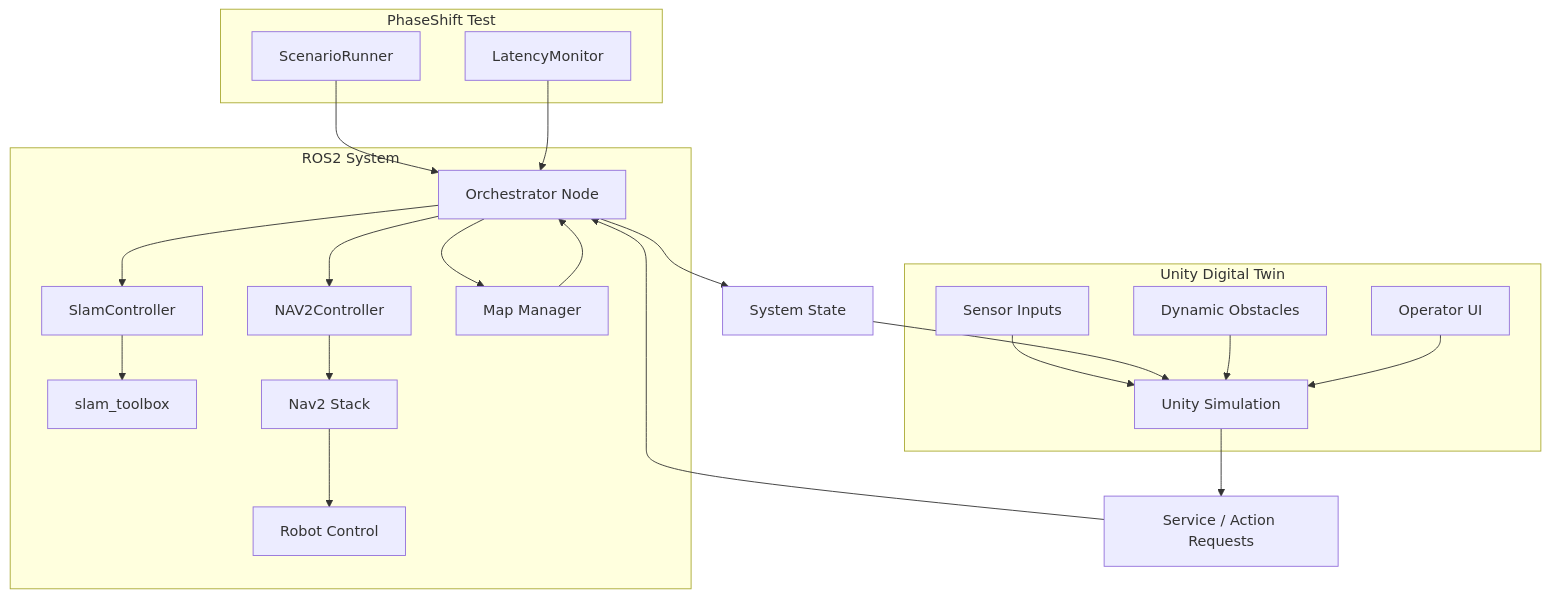
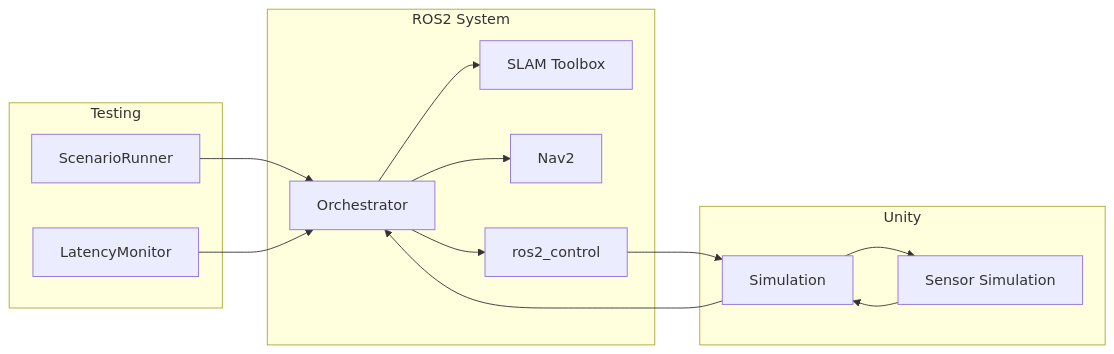
One commit to ehp1212/PhaseShift-Digital-Twin changed the first of 2 diagrams in README.md. Above: the diagram before and after it, drawn with Mermaid. The commit also changed other lines of this file and 2 other files, not shown here.

````diff
--- a/README.md
+++ b/README.md
@@ -77,52 +44,35 @@
 ```mermaid
-graph TD
+graph LR
 
-subgraph PhaseShift Test
+subgraph ROS2 System
+    ORCH[Orchestrator]
+
+    SLAM[SLAM Toolbox]
+    NAV[Nav2]
+    CONTROL[ros2_control]
+
+    ORCH --> SLAM
+    ORCH --> NAV
+end
+
+subgraph Unity
+    SIM[Simulation]
+    SENSOR[Sensor Simulation]
+end
+
+subgraph Testing
     SCENARIO[ScenarioRunner]
     LATENCY[LatencyMonitor]
 end
 
-subgraph ROS2 System
-    ORCH[Orchestrator Node]
+%% Communication
+ORCH --> CONTROL
+CONTROL --> SIM
+SIM --> SENSOR
+SENSOR --> SIM
+SIM --> ORCH
 
-    SLAM_C[SlamController]
-    NAV2_C[NAV2Controller]
-    MAP_M[Map Manager]
-
-    SLAM[slam_toolbox]
-    NAV[Nav2 Stack]
-
-    CONTROL[Robot Control]
-
-    ORCH --> SLAM_C
-    ORCH --> NAV2_C
-    ORCH --> MAP_M
-    MAP_M --> ORCH
-
-    SLAM_C --> SLAM
-    NAV2_C --> NAV
-
-    NAV --> CONTROL
-end
-
-subgraph Unity Digital Twin
-    UNITY[Unity Simulation]
-    UI[Operator UI]
-    OBST[Dynamic Obstacles]
-    
-    SENSOR[Sensor Inputs]
-    SENSOR --> UNITY
-end
-
-ORCH --> STATE[System State]
-STATE --> UNITY
-
-UNITY --> CMD[Service / Action Requests]
-CMD --> ORCH
-
-OBST --> UNITY
-UI --> UNITY
-
+%% Testing hooks
 SCENARIO --> ORCH
 LATENCY --> ORCH
 ```
````
